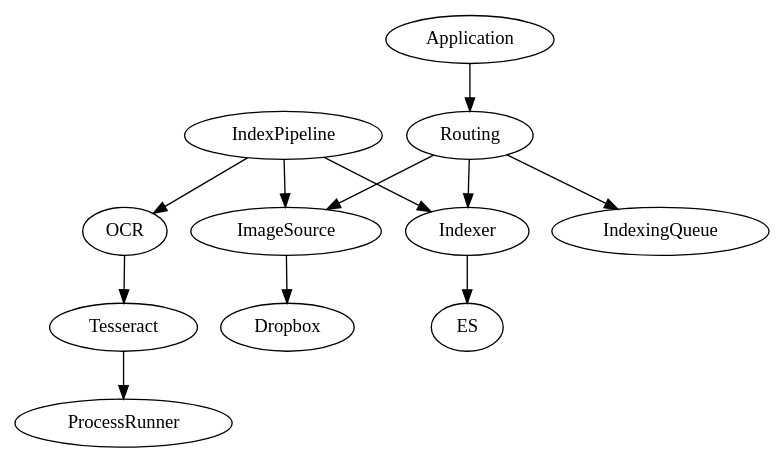
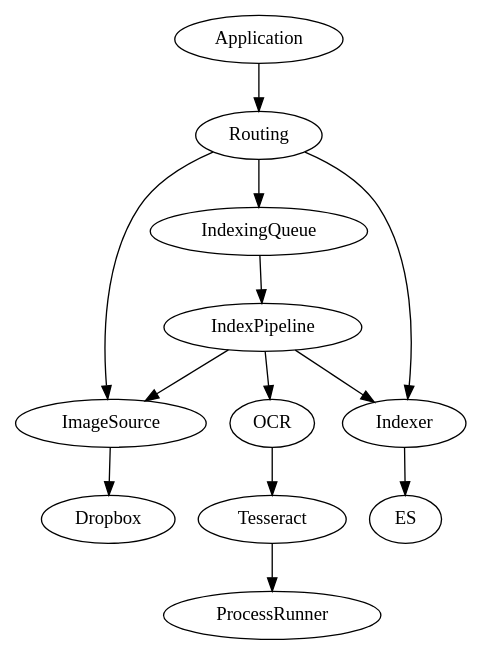
One commit to kubukoz/dropbox-demo changed the diagram in sculpt/deps.dot. Above: the diagram before and after it, drawn with Graphviz.

Commit message:
Another one

```diff
--- a/sculpt/deps.dot
+++ b/sculpt/deps.dot
@@ -1,13 +1,14 @@
 digraph G {
   "Application" -> "Routing";
   "Routing" -> "ImageSource";
   "Routing" -> "Indexer";
   "Routing" -> "IndexingQueue";
   "ImageSource" -> "Dropbox";
   "Indexer" -> "ES";
   "OCR" -> "Tesseract";
+  "IndexingQueue" -> "IndexPipeline";
   "IndexPipeline" -> "ImageSource";
   "IndexPipeline" -> "Indexer";
   "IndexPipeline" -> "OCR";
   "Tesseract" -> "ProcessRunner";
 }
```
